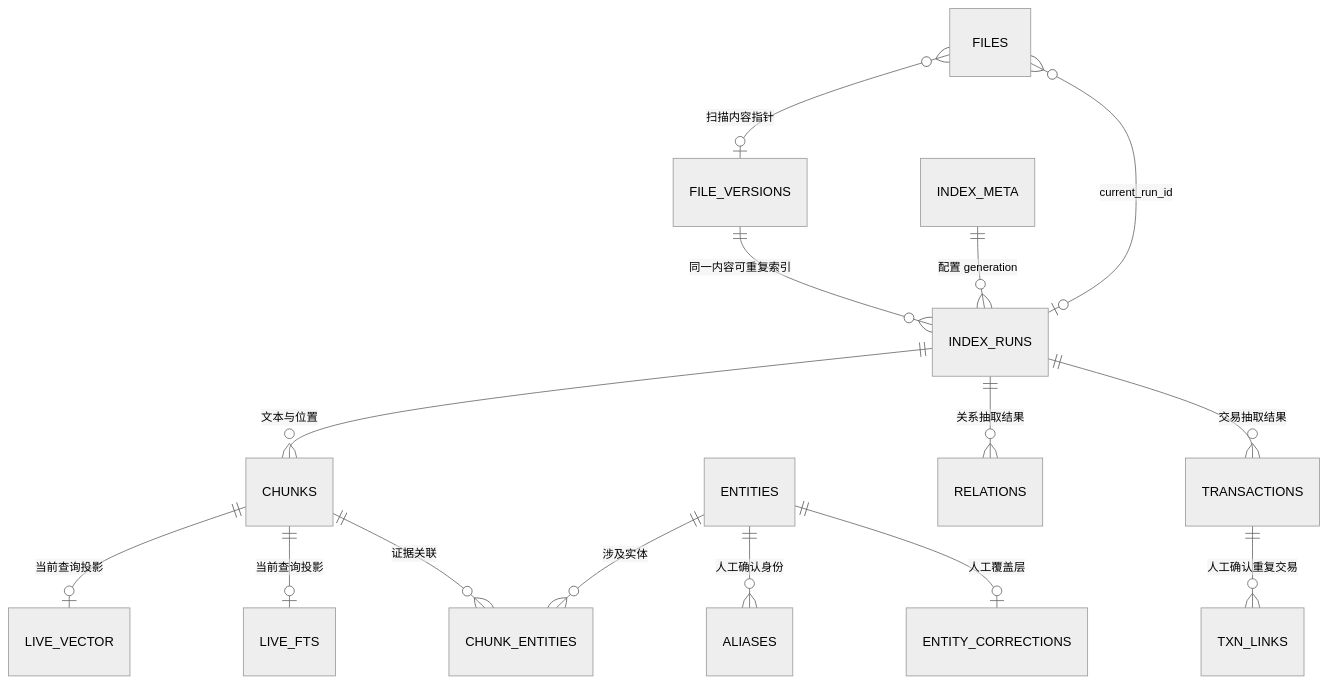
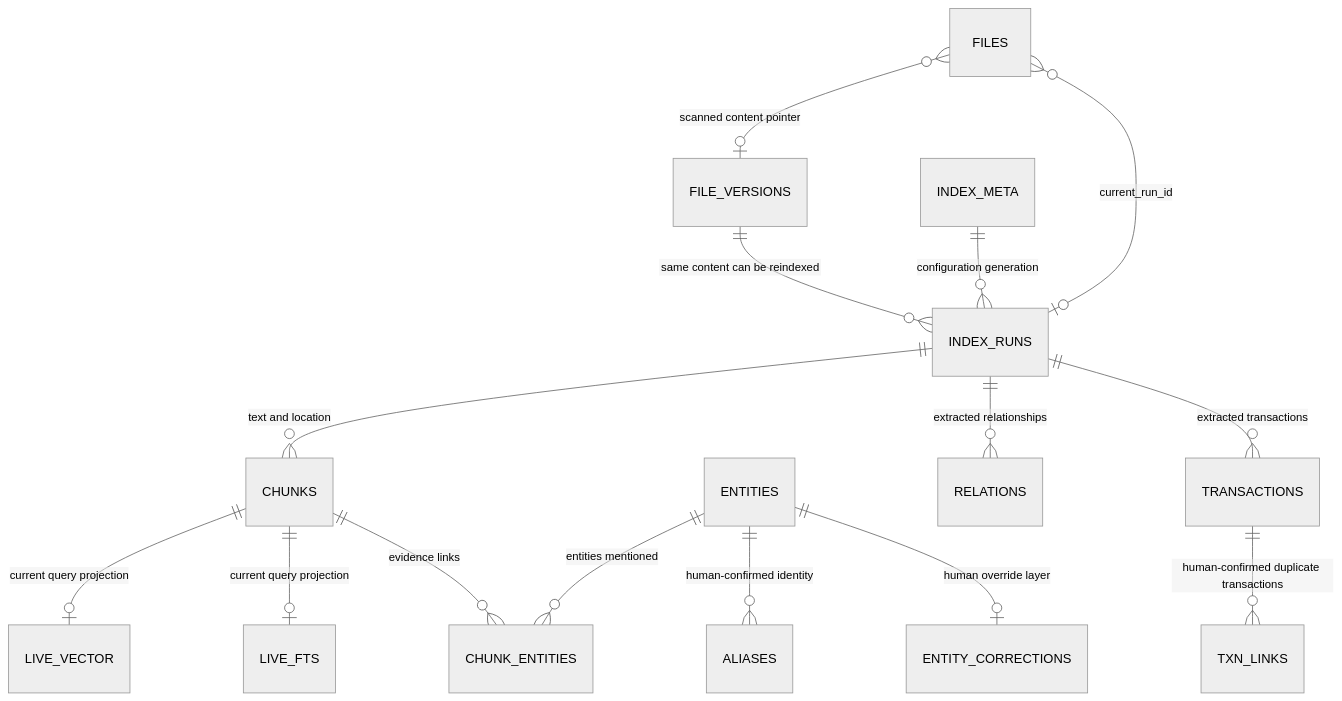
One commit to DanWangDev/family-data-rag changed the second of 3 diagrams in README.md. Above: the diagram before and after it, drawn with Mermaid (neutral theme). The commit also changed other lines of this file and 1 other file, not shown here.

````diff
--- a/README.md
+++ b/README.md
@@ -58,17 +60,17 @@
 ```mermaid
 erDiagram
-    FILES }o--o| FILE_VERSIONS : "扫描内容指针"
-    FILE_VERSIONS ||--o{ INDEX_RUNS : "同一内容可重复索引"
-    INDEX_META ||--o{ INDEX_RUNS : "配置 generation"
+    FILES }o--o| FILE_VERSIONS : "scanned content pointer"
+    FILE_VERSIONS ||--o{ INDEX_RUNS : "same content can be reindexed"
+    INDEX_META ||--o{ INDEX_RUNS : "configuration generation"
     FILES }o--o| INDEX_RUNS : "current_run_id"
-    INDEX_RUNS ||--o{ CHUNKS : "文本与位置"
-    CHUNKS ||--o| LIVE_VECTOR : "当前查询投影"
-    CHUNKS ||--o| LIVE_FTS : "当前查询投影"
-    CHUNKS ||--o{ CHUNK_ENTITIES : "证据关联"
-    ENTITIES ||--o{ CHUNK_ENTITIES : "涉及实体"
-    ENTITIES ||--o{ ALIASES : "人工确认身份"
-    ENTITIES ||--o| ENTITY_CORRECTIONS : "人工覆盖层"
-    INDEX_RUNS ||--o{ RELATIONS : "关系抽取结果"
-    INDEX_RUNS ||--o{ TRANSACTIONS : "交易抽取结果"
-    TRANSACTIONS ||--o{ TXN_LINKS : "人工确认重复交易"
+    INDEX_RUNS ||--o{ CHUNKS : "text and location"
+    CHUNKS ||--o| LIVE_VECTOR : "current query projection"
+    CHUNKS ||--o| LIVE_FTS : "current query projection"
+    CHUNKS ||--o{ CHUNK_ENTITIES : "evidence links"
+    ENTITIES ||--o{ CHUNK_ENTITIES : "entities mentioned"
+    ENTITIES ||--o{ ALIASES : "human-confirmed identity"
+    ENTITIES ||--o| ENTITY_CORRECTIONS : "human override layer"
+    INDEX_RUNS ||--o{ RELATIONS : "extracted relationships"
+    INDEX_RUNS ||--o{ TRANSACTIONS : "extracted transactions"
+    TRANSACTIONS ||--o{ TXN_LINKS : "human-confirmed duplicate transactions"
 ```
````
